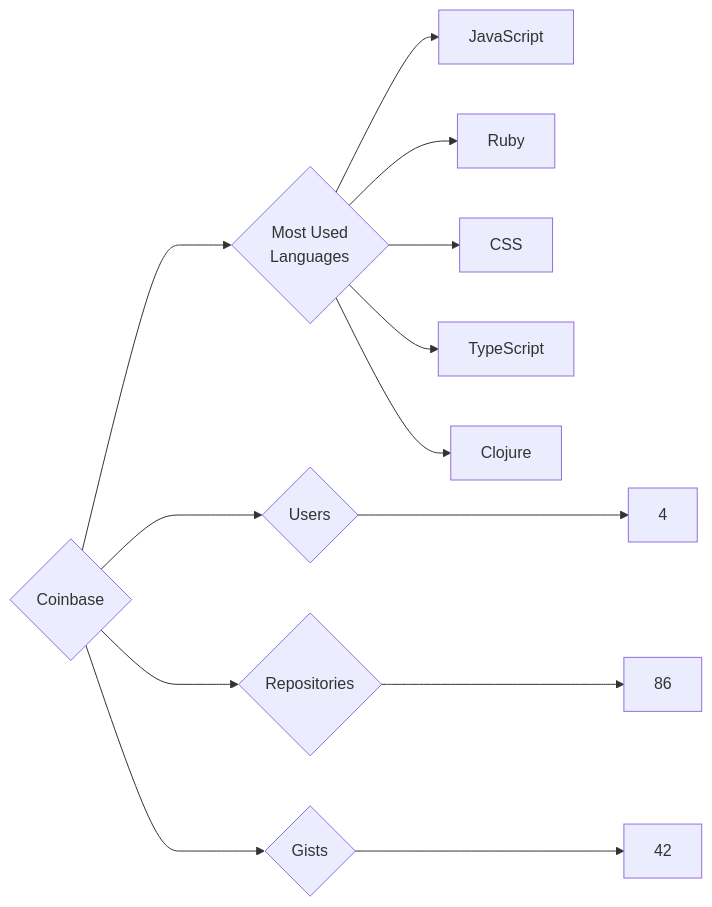
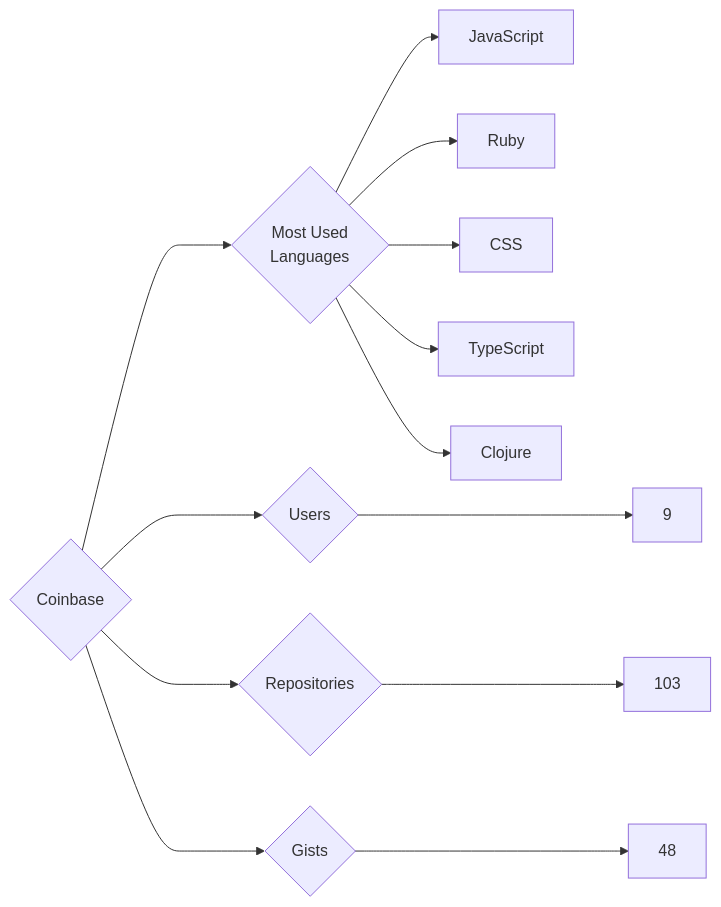
One commit to trickest/insiders changed the diagram in targets/Coinbase/README.md. Above: the diagram before and after it, drawn with Mermaid. The commit also changed 845 other files, not shown here.

````diff
--- a/targets/Coinbase/README.md
+++ b/targets/Coinbase/README.md
@@ -3,13 +3,13 @@
 ```mermaid
 graph LR
 COMPANY_NAME{Coinbase}
-COMPANY_NAME ---> U{Users} ---> UN[4]
-COMPANY_NAME ---> R{Repositories} ---> RN[86]
-COMPANY_NAME ---> G{Gists} ---> GN[42]
+COMPANY_NAME ---> U{Users} ---> UN[9]
+COMPANY_NAME ---> R{Repositories} ---> RN[103]
+COMPANY_NAME ---> G{Gists} ---> GN[48]
 COMPANY_NAME ---> ML{Most Used<br>Languages}
 ML --> JavaScript[JavaScript]
 ML --> Ruby[Ruby]
 ML --> CSS[CSS]
 ML --> TypeScript[TypeScript]
 ML --> Clojure[Clojure]
 ```
````
